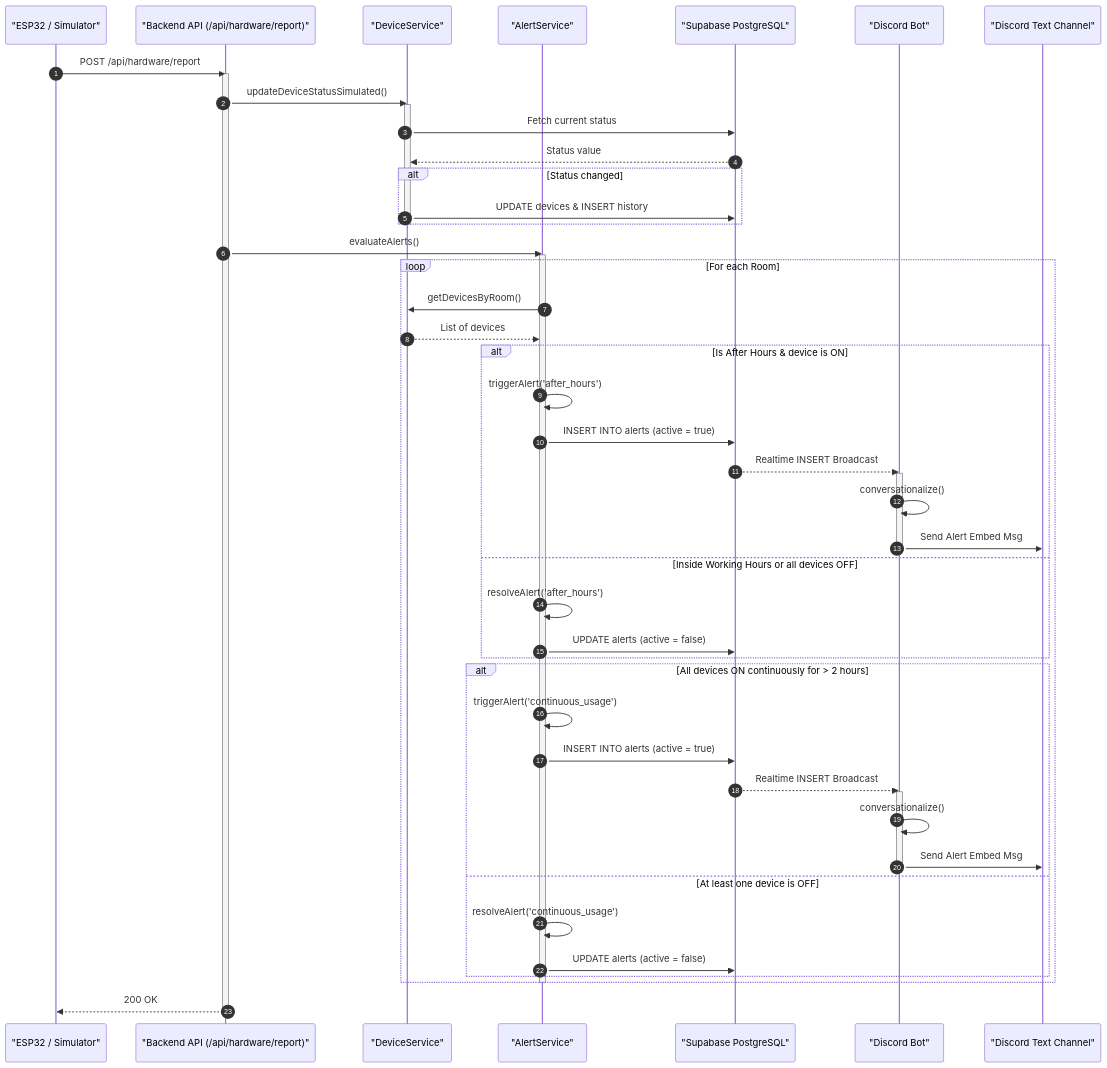
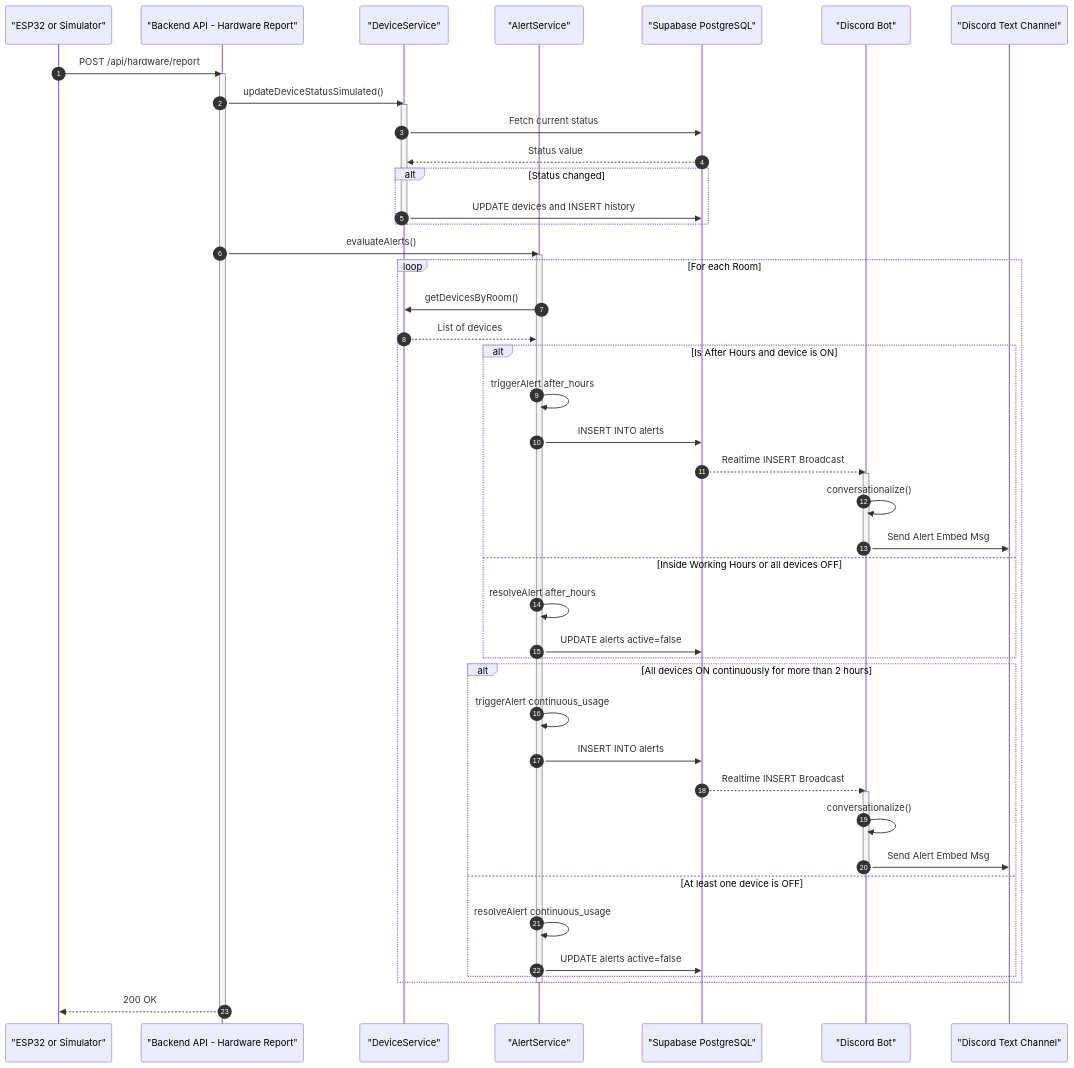
The fourth of 6 diagrams in README.md (AtlasRoX/Techathon-Preli), drawn with Mermaid before and after one commit. The commit also changed other lines of this file, not shown here.

Commit message:
docs: fix mermaid diagrams syntax for markdown compatibility

````diff
--- a/README.md
+++ b/README.md
@@ -203,59 +203,59 @@
 ```mermaid
 sequenceDiagram
   autonumber
-  participant HW as "ESP32 / Simulator"
-  participant API as "Backend API (/api/hardware/report)"
+  participant HW as "ESP32 or Simulator"
+  participant API as "Backend API - Hardware Report"
   participant DS as "DeviceService"
   participant AS as "AlertService"
   participant DB as "Supabase PostgreSQL"
   participant Bot as "Discord Bot"
   participant Disc as "Discord Text Channel"
 
   HW->>API: POST /api/hardware/report
   activate API
   API->>DS: updateDeviceStatusSimulated()
   activate DS
   DS->>DB: Fetch current status
   DB-->>DS: Status value
   alt Status changed
-    DS->>DB: UPDATE devices & INSERT history
+    DS->>DB: UPDATE devices and INSERT history
   end
   deactivate DS
   
   API->>AS: evaluateAlerts()
   activate AS
   loop For each Room
     AS->>DS: getDevicesByRoom()
     DS-->>AS: List of devices
     
-    alt Is After Hours & device is ON
-      AS->>AS: triggerAlert('after_hours')
-      AS->>DB: INSERT INTO alerts (active = true)
+    alt Is After Hours and device is ON
+      AS->>AS: triggerAlert after_hours
+      AS->>DB: INSERT INTO alerts
       DB-->>Bot: Realtime INSERT Broadcast
       activate Bot
       Bot->>Bot: conversationalize()
       Bot->>Disc: Send Alert Embed Msg
       deactivate Bot
     else Inside Working Hours or all devices OFF
-      AS->>AS: resolveAlert('after_hours')
-      AS->>DB: UPDATE alerts (active = false)
+      AS->>AS: resolveAlert after_hours
+      AS->>DB: UPDATE alerts active=false
     end
     
-    alt All devices ON continuously for > 2 hours
-      AS->>AS: triggerAlert('continuous_usage')
-      AS->>DB: INSERT INTO alerts (active = true)
+    alt All devices ON continuously for more than 2 hours
+      AS->>AS: triggerAlert continuous_usage
+      AS->>DB: INSERT INTO alerts
       DB-->>Bot: Realtime INSERT Broadcast
       activate Bot
       Bot->>Bot: conversationalize()
       Bot->>Disc: Send Alert Embed Msg
       deactivate Bot
     else At least one device is OFF
-      AS->>AS: resolveAlert('continuous_usage')
-      AS->>DB: UPDATE alerts (active = false)
+      AS->>AS: resolveAlert continuous_usage
+      AS->>DB: UPDATE alerts active=false
     end
   end
   deactivate AS
   
   API-->>HW: 200 OK
   deactivate API
 ```
````
